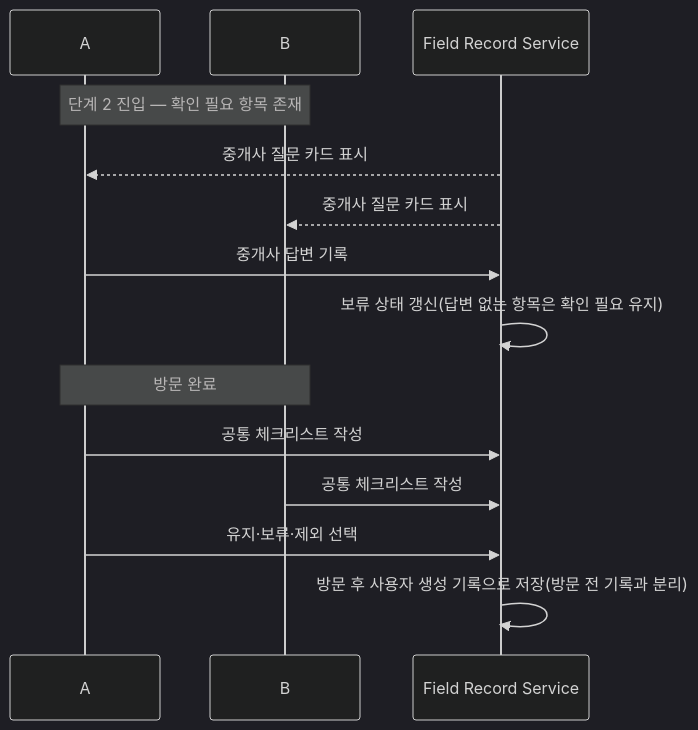
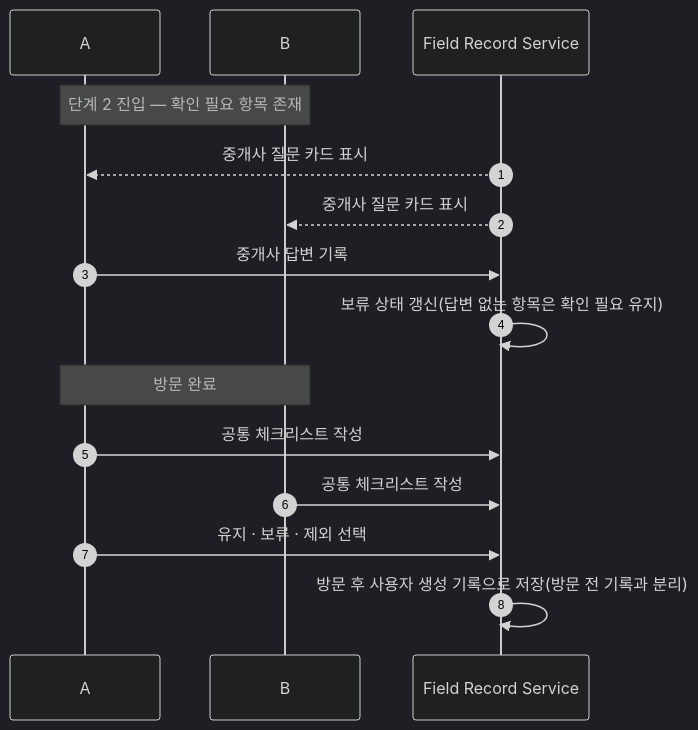
One commit to soobworks/SRS_project changed diagram 17 of 23 in SRS_project/같이보기-technical-design-v1_0.md. Above: the diagram before and after it, drawn with Mermaid (dark theme). The commit also changed other lines of this file and 1 other file, not shown here.

````diff
--- a/SRS_project/같이보기-technical-design-v1_0.md
+++ b/SRS_project/같이보기-technical-design-v1_0.md
@@ -333,17 +752,18 @@
 ```mermaid
 sequenceDiagram
+    autonumber
     participant A as A
     participant B as B
     participant FRS as Field Record Service
 
     Note over A,B: 단계 2 진입 — 확인 필요 항목 존재
     FRS-->>A: 중개사 질문 카드 표시
     FRS-->>B: 중개사 질문 카드 표시
     A->>FRS: 중개사 답변 기록
     FRS->>FRS: 보류 상태 갱신(답변 없는 항목은 확인 필요 유지)
     Note over A,B: 방문 완료
     A->>FRS: 공통 체크리스트 작성
     B->>FRS: 공통 체크리스트 작성
-    A->>FRS: 유지·보류·제외 선택
+    A->>FRS: 유지 · 보류 · 제외 선택
     FRS->>FRS: 방문 후 사용자 생성 기록으로 저장(방문 전 기록과 분리)
 ```
````
